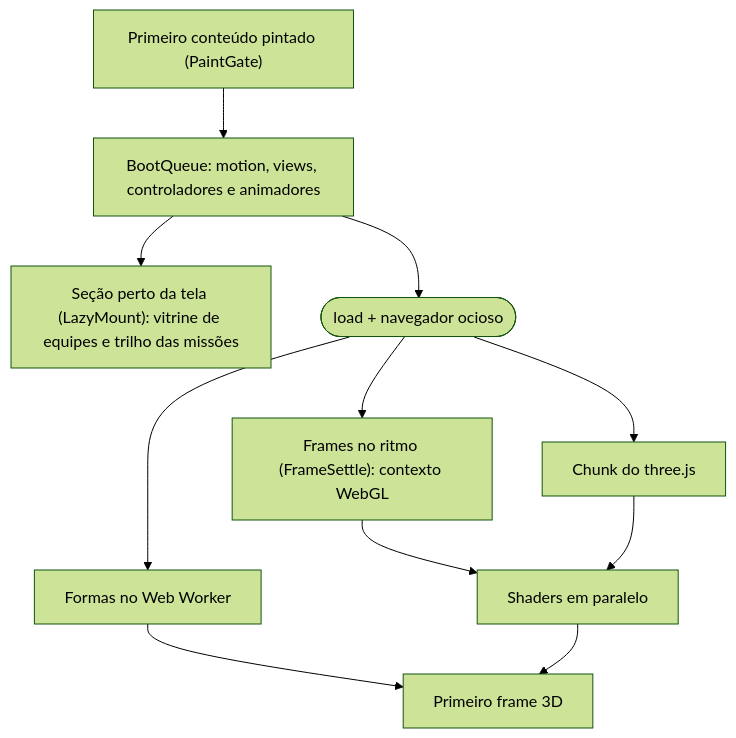
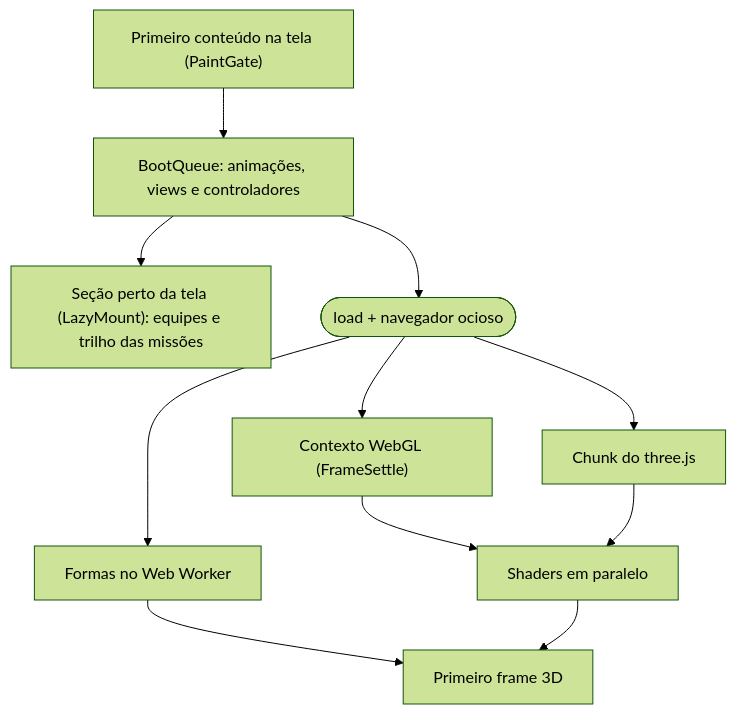
One commit to Marcos-Codfy/lp-hackarun changed the second of 2 diagrams in README.md. Above: the diagram before and after it, drawn with Mermaid (forest theme). The commit also changed other lines of this file and 47 other files, not shown here.

````diff
--- a/README.md
+++ b/README.md
@@ -189,13 +164,13 @@
 ```mermaid
 flowchart TB
-  P["Primeiro conteúdo pintado (PaintGate)"] --> B["BootQueue: motion, views, controladores e animadores"]
-  B --> Z["Seção perto da tela (LazyMount): vitrine de equipes e trilho das missões"]
+  P["Primeiro conteúdo na tela (PaintGate)"] --> B["BootQueue: animações, views e controladores"]
+  B --> Z["Seção perto da tela (LazyMount): equipes e trilho das missões"]
   B --> L(["load + navegador ocioso"])
   L --> X["Chunk do three.js"]
   L --> W["Formas no Web Worker"]
-  L --> F["Frames no ritmo (FrameSettle): contexto WebGL"]
+  L --> F["Contexto WebGL (FrameSettle)"]
   F --> S["Shaders em paralelo"]
   X --> S
   W --> R["Primeiro frame 3D"]
   S --> R
 ```
````
